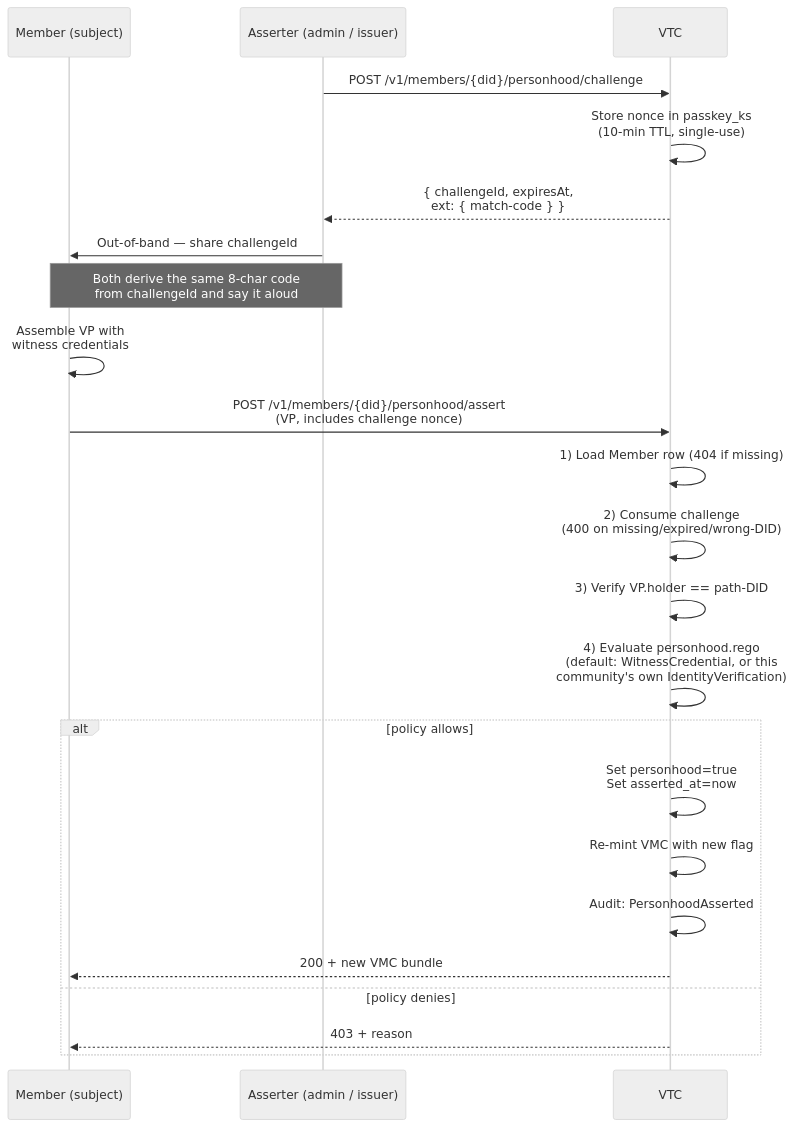
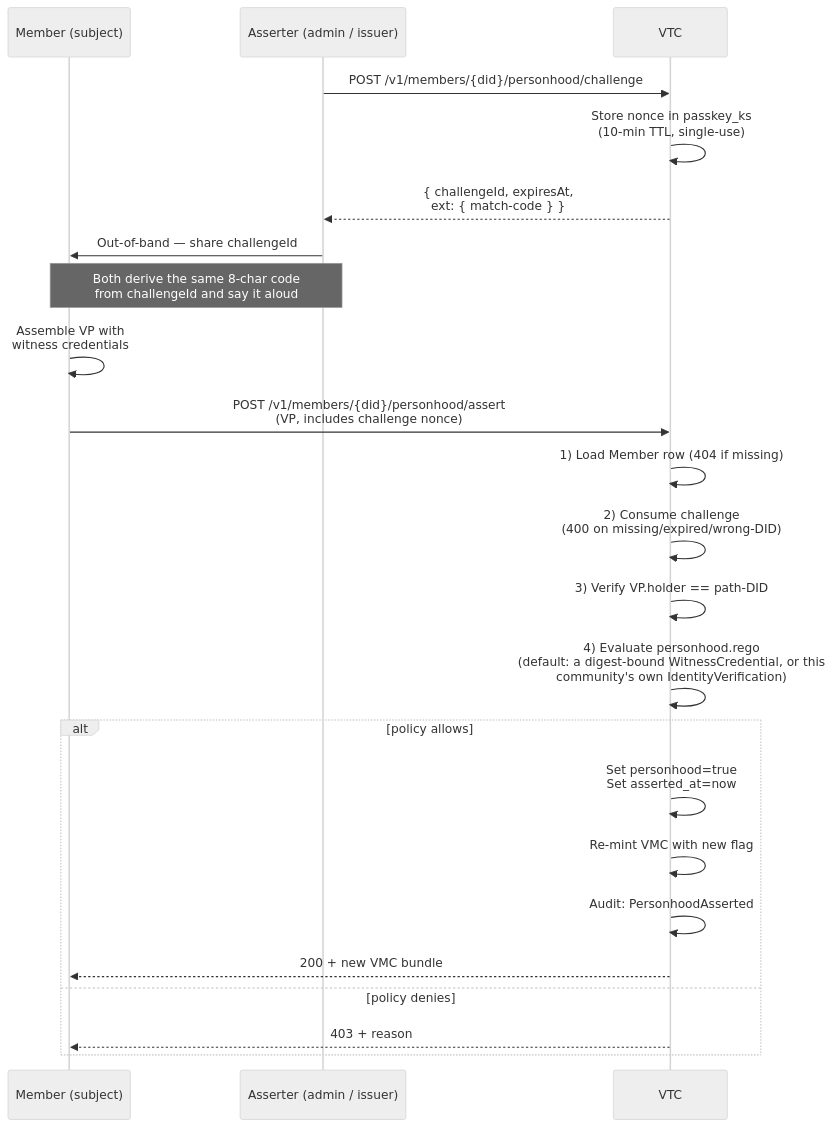
Before and after one commit to OpenVTC/verifiable-trust-infrastructure: the second of 4 diagrams in docs/03-vtc/personhood-and-graph.md, drawn with Mermaid (neutral theme). The commit also changed other lines of this file and 6 other files, not shown here.

````diff
--- a/docs/03-vtc/personhood-and-graph.md
+++ b/docs/03-vtc/personhood-and-graph.md
@@ -38,26 +38,26 @@
 ```mermaid
 sequenceDiagram
     participant M as Member (subject)
     participant A as Asserter (admin / issuer)
     participant VTC as VTC
 
     A->>VTC: POST /v1/members/{did}/personhood/challenge
     VTC->>VTC: Store nonce in passkey_ks<br/>(10-min TTL, single-use)
     VTC-->>A: { challengeId, expiresAt,<br/>ext: { match-code } }
     A->>M: Out-of-band — share challengeId
     Note over A,M: Both derive the same 8-char code<br/>from challengeId and say it aloud
     M->>M: Assemble VP with<br/>witness credentials
     M->>VTC: POST /v1/members/{did}/personhood/assert<br/>(VP, includes challenge nonce)
     VTC->>VTC: 1) Load Member row (404 if missing)
     VTC->>VTC: 2) Consume challenge<br/>(400 on missing/expired/wrong-DID)
     VTC->>VTC: 3) Verify VP.holder == path-DID
-    VTC->>VTC: 4) Evaluate personhood.rego<br/>(default: WitnessCredential, or this<br/>community's own IdentityVerification)
+    VTC->>VTC: 4) Evaluate personhood.rego<br/>(default: a digest-bound WitnessCredential, or this<br/>community's own IdentityVerification)
     alt policy allows
         VTC->>VTC: Set personhood=true<br/>Set asserted_at=now
         VTC->>VTC: Re-mint VMC with new flag
         VTC->>VTC: Audit: PersonhoodAsserted
         VTC-->>M: 200 + new VMC bundle
     else policy denies
         VTC-->>M: 403 + reason
     end
 ```
````
